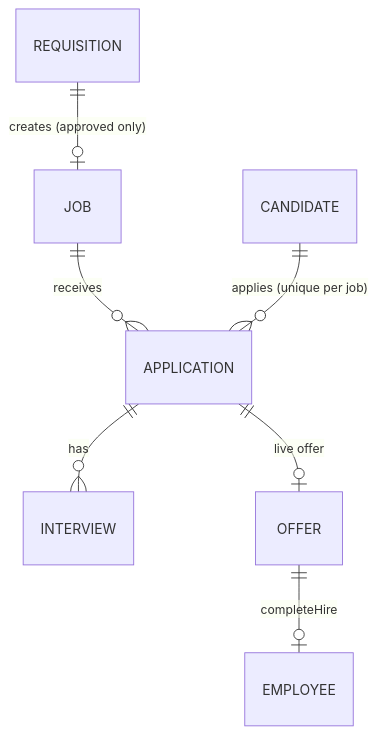
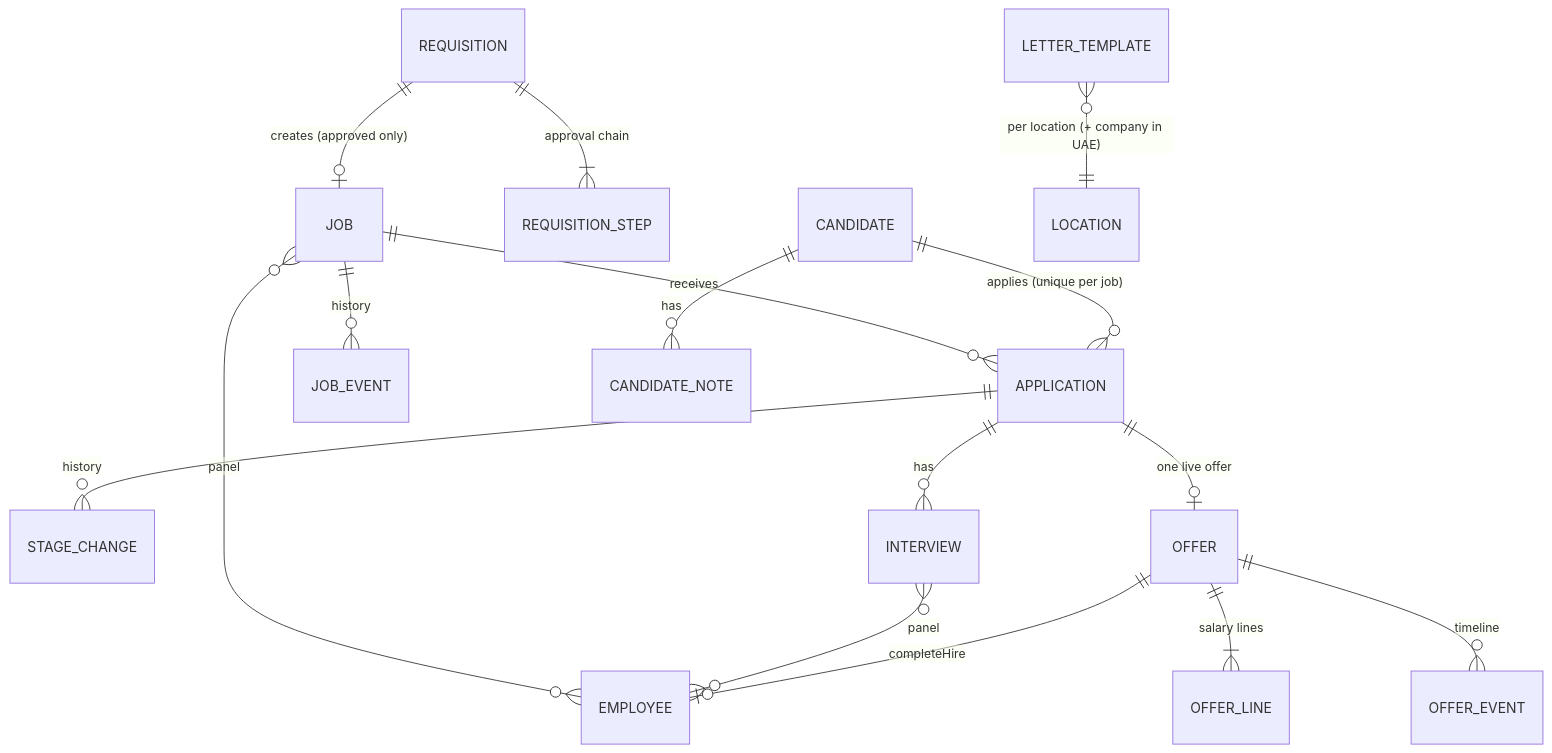
The first of 4 diagrams in docs/modules/hiring.md (globalsurfdxb/gs-hrms-backend), drawn with Mermaid before and after one commit. The commit also changed other lines of this file and 41 other files, not shown here.

````diff
--- a/docs/modules/hiring.md
+++ b/docs/modules/hiring.md
@@ -18,9 +33,18 @@
 ```mermaid
 erDiagram
   REQUISITION ||--o| JOB : "creates (approved only)"
+  REQUISITION ||--|{ REQUISITION_STEP : "approval chain"
   JOB ||--o{ APPLICATION : receives
+  JOB ||--o{ JOB_EVENT : history
+  JOB }o--o{ EMPLOYEE : "panel"
   CANDIDATE ||--o{ APPLICATION : "applies (unique per job)"
+  CANDIDATE ||--o{ CANDIDATE_NOTE : has
+  APPLICATION ||--o{ STAGE_CHANGE : history
   APPLICATION ||--o{ INTERVIEW : has
-  APPLICATION ||--o| OFFER : "live offer"
+  INTERVIEW }o--o{ EMPLOYEE : "panel"
+  APPLICATION ||--o| OFFER : "one live offer"
+  OFFER ||--|{ OFFER_LINE : "salary lines"
+  OFFER ||--o{ OFFER_EVENT : timeline
   OFFER ||--o| EMPLOYEE : "completeHire"
+  LETTER_TEMPLATE }o--|| LOCATION : "per location (+ company in UAE)"
 ```
````
